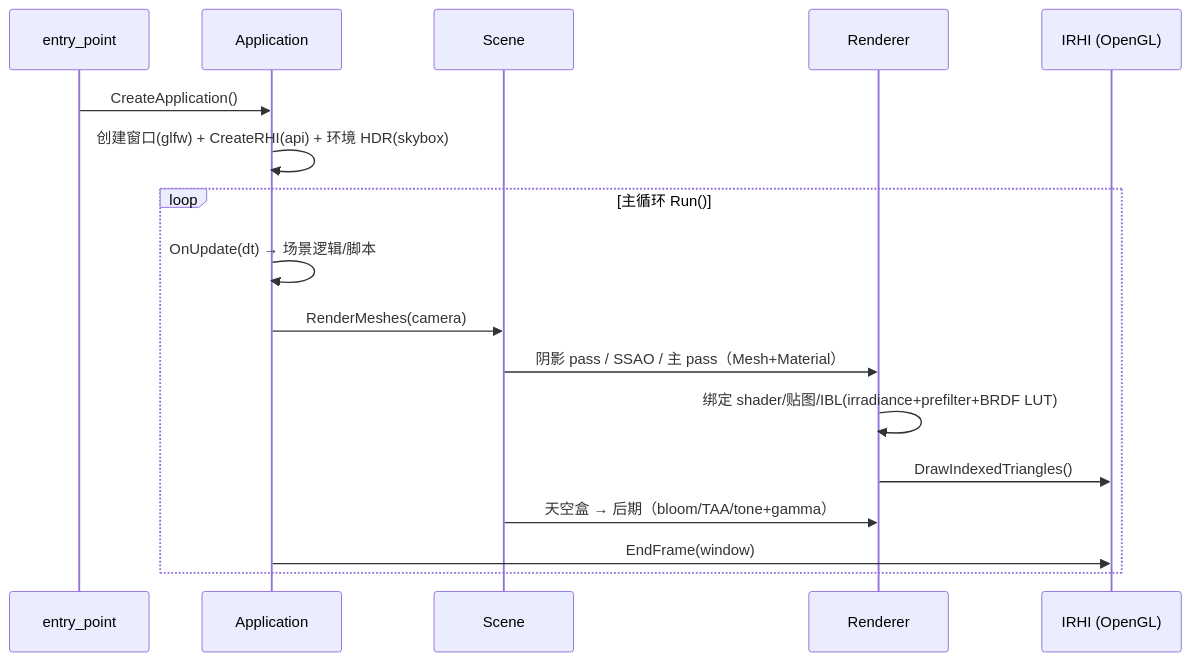
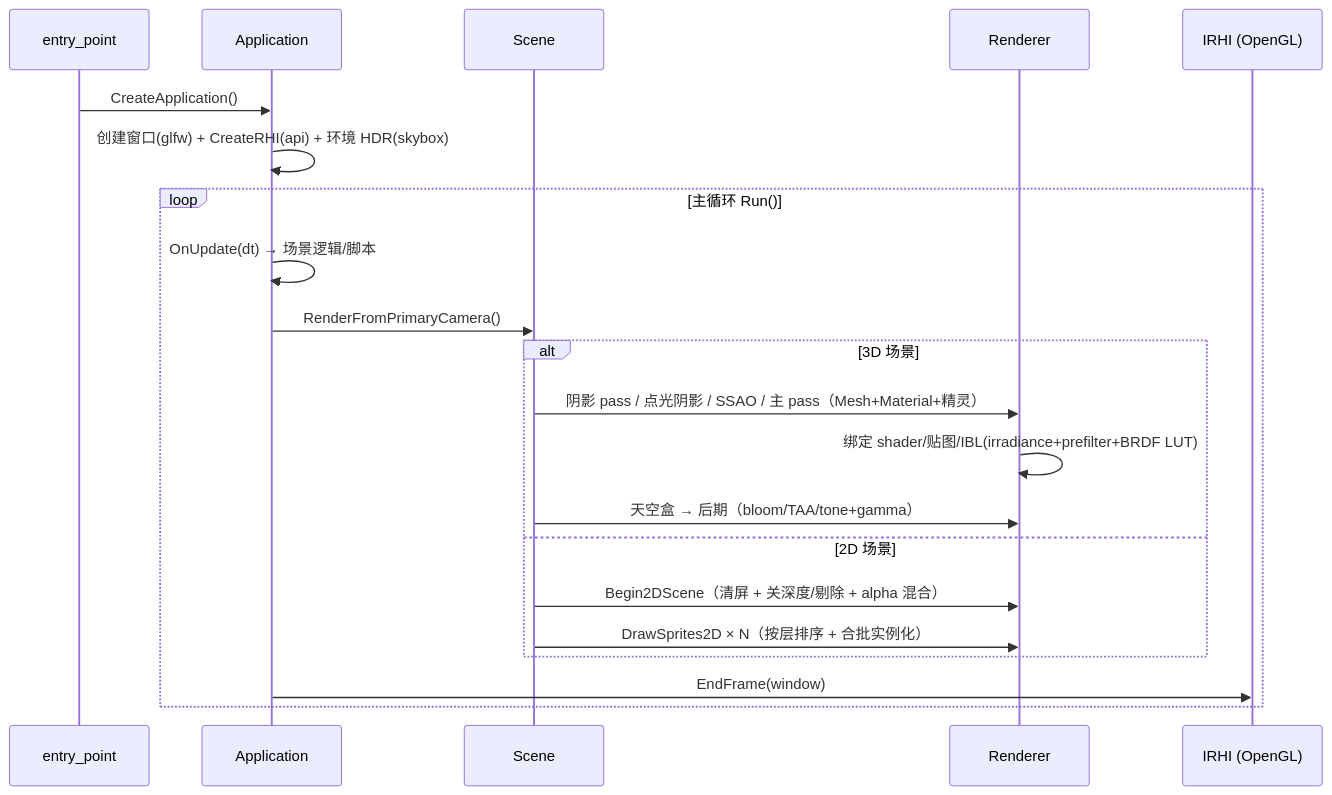
Before and after one commit to MiaoHN/MEngine: the second of 2 diagrams in docs/architecture.md, drawn with Mermaid. The commit also changed other lines of this file and 16 other files, not shown here.

````diff
--- a/docs/architecture.md
+++ b/docs/architecture.md
@@ -100,20 +104,24 @@
 ```mermaid
 sequenceDiagram
     participant Main as entry_point
     participant App as Application
     participant Scene
     participant Renderer
     participant RHI as IRHI (OpenGL)
 
     Main->>App: CreateApplication()
     App->>App: 创建窗口(glfw) + CreateRHI(api) + 环境 HDR(skybox)
     loop 主循环 Run()
         App->>App: OnUpdate(dt) → 场景逻辑/脚本
-        App->>Scene: RenderMeshes(camera)
-        Scene->>Renderer: 阴影 pass / SSAO / 主 pass（Mesh+Material）
-        Renderer->>Renderer: 绑定 shader/贴图/IBL(irradiance+prefilter+BRDF LUT)
-        Renderer->>RHI: DrawIndexedTriangles()
-        Scene->>Renderer: 天空盒 → 后期（bloom/TAA/tone+gamma）
+        App->>Scene: RenderFromPrimaryCamera()
+        alt 3D 场景
+            Scene->>Renderer: 阴影 pass / 点光阴影 / SSAO / 主 pass（Mesh+Material+精灵）
+            Renderer->>Renderer: 绑定 shader/贴图/IBL(irradiance+prefilter+BRDF LUT)
+            Scene->>Renderer: 天空盒 → 后期（bloom/TAA/tone+gamma）
+        else 2D 场景
+            Scene->>Renderer: Begin2DScene（清屏 + 关深度/剔除 + alpha 混合）
+            Scene->>Renderer: DrawSprites2D × N（按层排序 + 合批实例化）
+        end
         App->>RHI: EndFrame(window)
     end
 ```
````
